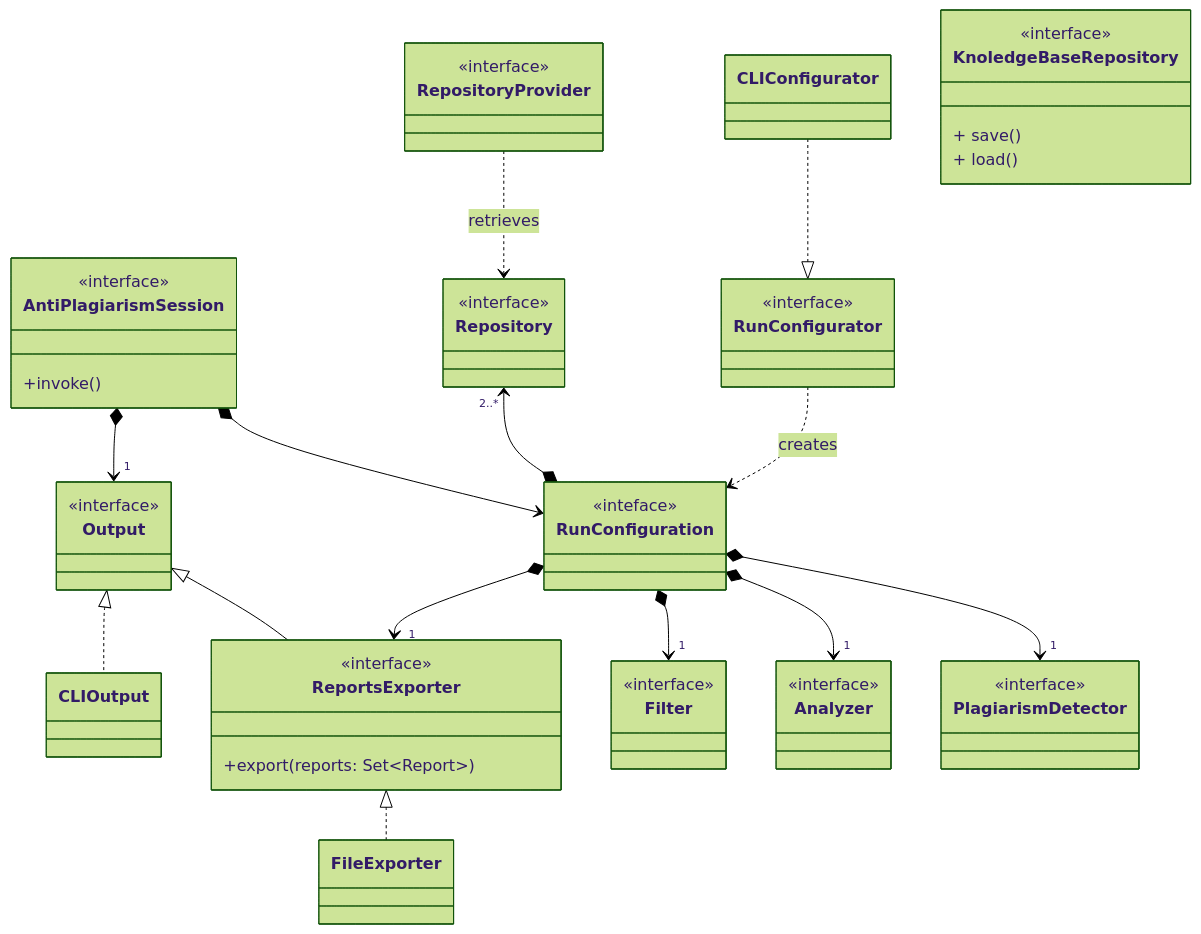
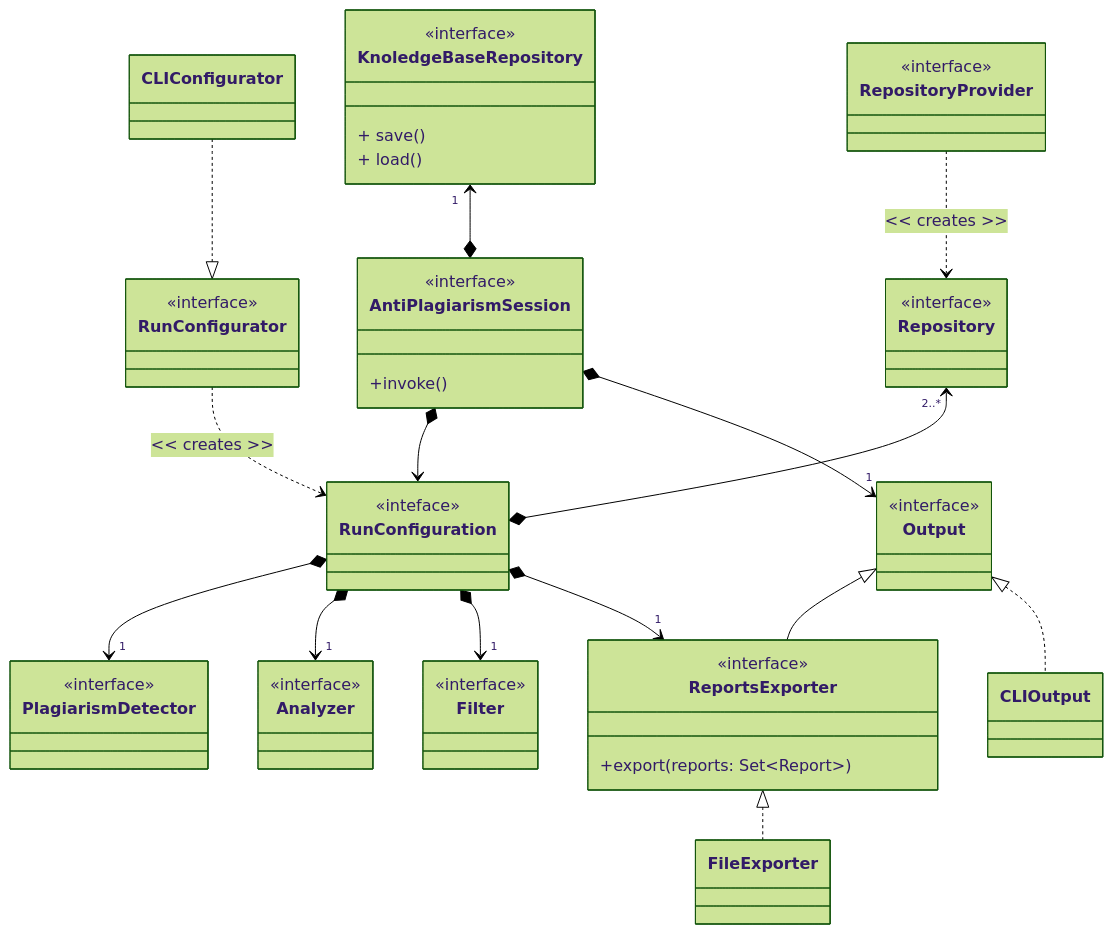
The second of 12 diagrams in doc.md (tassiLuca/code-plagiarism-detector-doc), drawn with Mermaid (forest theme) before and after one commit.

````diff
--- a/doc.md
+++ b/doc.md
@@ -113,63 +113,63 @@
 ```mermaid
 classDiagram
 direction TB
     class AntiPlagiarismSession {
         <<interface>>
         +invoke()
     }
 
     class RunConfigurator {
         <<interface>>
     }
     CLIConfigurator ..|> RunConfigurator
 
     class RunConfiguration {
         <<inteface>>
     }
-    RunConfigurator ..> RunConfiguration: creates
+    RunConfigurator ..> RunConfiguration: << creates >>
     AntiPlagiarismSession *--> RunConfiguration
 
     class RepositoryProvider {
         <<interface>>
     }
     class Repository {
         <<interface>>
     }
     Repository "2..*" <--* RunConfiguration
-    RepositoryProvider ..> Repository: retrieves
+    RepositoryProvider ..> Repository: << creates >>
 
     class PlagiarismDetector {
         <<interface>>
     }
     RunConfiguration *--> "1" PlagiarismDetector
 
     class Analyzer {
         <<interface>>
     }
     RunConfiguration *--> "1" Analyzer
 
     class Filter {
         <<interface>>
     }
     RunConfiguration *--> "1" Filter
 
     class KnoledgeBaseRepository {
         <<interface>>
         + save()
         + load()
     }
-%%  KnoledgeBaseRepository "1" <--* RunConfiguration
+    KnoledgeBaseRepository "1" <--* AntiPlagiarismSession
 
     class Output {
         <<interface>>
     }
     class ReportsExporter {
         <<interface>>
         +export(reports: Set~Report~)
     }
     Output <|-- ReportsExporter
     ReportsExporter <|.. FileExporter
     RunConfiguration *--> "1" ReportsExporter
     Output <|.. CLIOutput
     AntiPlagiarismSession *--> "1" Output
 ```
````
